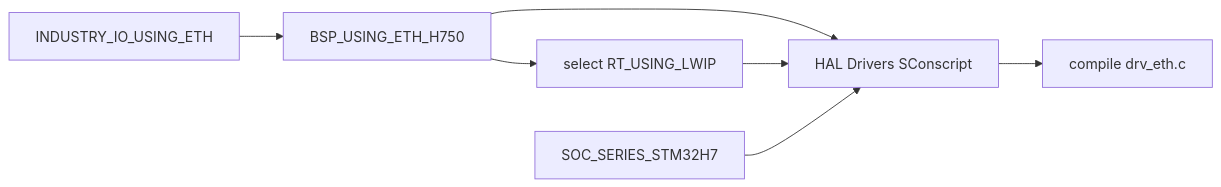
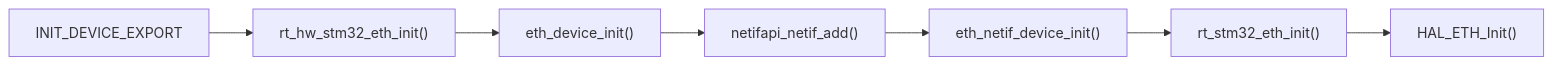
The second of 7 diagrams in docs/42-stm32h750-rtthread-lwip-ethernet-port.md (wdfk-prog/lwIP-Source-Lab), drawn with Mermaid before and after one commit. The commit also changed other lines of this file and 49 other files, not shown here.

````diff
--- a/docs/42-stm32h750-rtthread-lwip-ethernet-port.md
+++ b/docs/42-stm32h750-rtthread-lwip-ethernet-port.md
@@ -67,9 +41,9 @@
 ```mermaid
 flowchart LR
-    A["INDUSTRY_IO_USING_ETH"] --> B["BSP_USING_ETH_H750"]
-    B --> C["select RT_USING_LWIP"]
-    B --> D["HAL Drivers SConscript"]
-    C --> D
-    E["SOC_SERIES_STM32H7"] --> D
-    D --> F["compile drv_eth.c"]
+    A["INIT_DEVICE_EXPORT"] --> B["rt_hw_stm32_eth_init()"]
+    B --> C["eth_device_init()"]
+    C --> D["netifapi_netif_add()"]
+    D --> E["eth_netif_device_init()"]
+    E --> F["rt_stm32_eth_init()"]
+    F --> G["HAL_ETH_Init()"]
 ```
````
